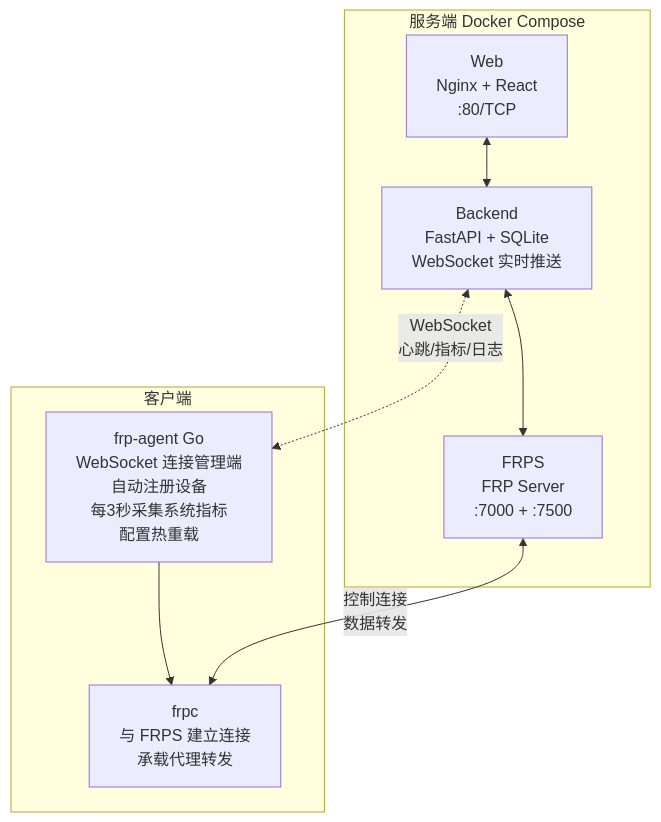
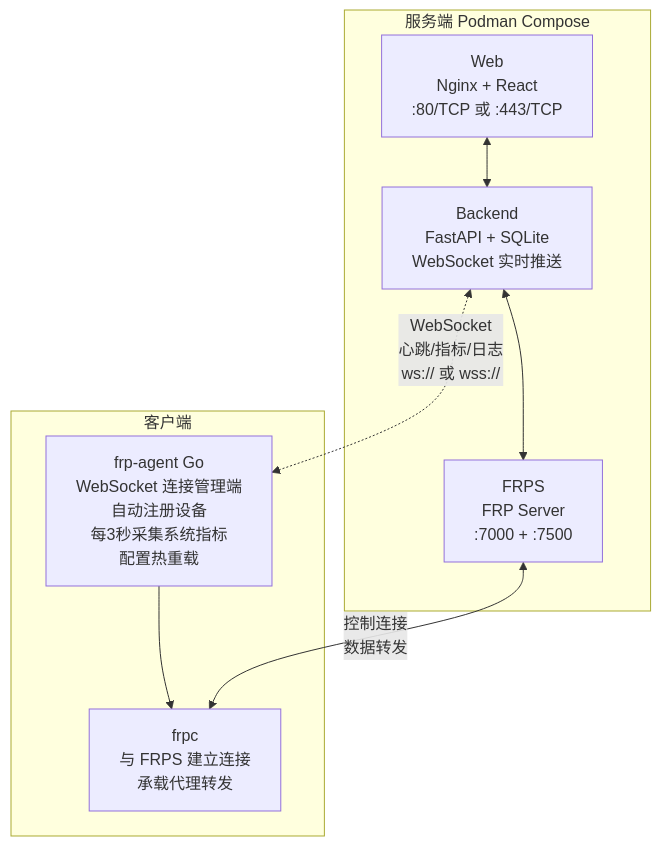
One commit to GreenhandTan/FRP-ALL-IN-ONE changed the diagram in README.md. Above: the diagram before and after it, drawn with Mermaid. The commit also changed other lines of this file and 27 other files, not shown here.

````diff
--- a/README.md
+++ b/README.md
@@ -101,19 +111,19 @@
 ```mermaid
 flowchart TB
-    subgraph Server["服务端 Docker Compose"]
-        Web["Web<br/>Nginx + React<br/>:80/TCP"]
+    subgraph Server["服务端 Podman Compose"]
+        Web["Web<br/>Nginx + React<br/>:80/TCP 或 :443/TCP"]
         Backend["Backend<br/>FastAPI + SQLite<br/>WebSocket 实时推送"]
         FRPS["FRPS<br/>FRP Server<br/>:7000 + :7500"]
         Web <--> Backend
         Backend <--> FRPS
     end
 
     subgraph Client["客户端"]
         Agent["frp-agent Go<br/>WebSocket 连接管理端<br/>自动注册设备<br/>每3秒采集系统指标<br/>配置热重载"]
         FRPC["frpc<br/>与 FRPS 建立连接<br/>承载代理转发"]
         Agent --> FRPC
     end
 
-    Backend <-.->|"WebSocket<br/>心跳/指标/日志"| Agent
+    Backend <-.->|"WebSocket<br/>心跳/指标/日志<br/>ws:// 或 wss://"| Agent
     FRPS <-->|"控制连接<br/>数据转发"| FRPC
 ```
````
